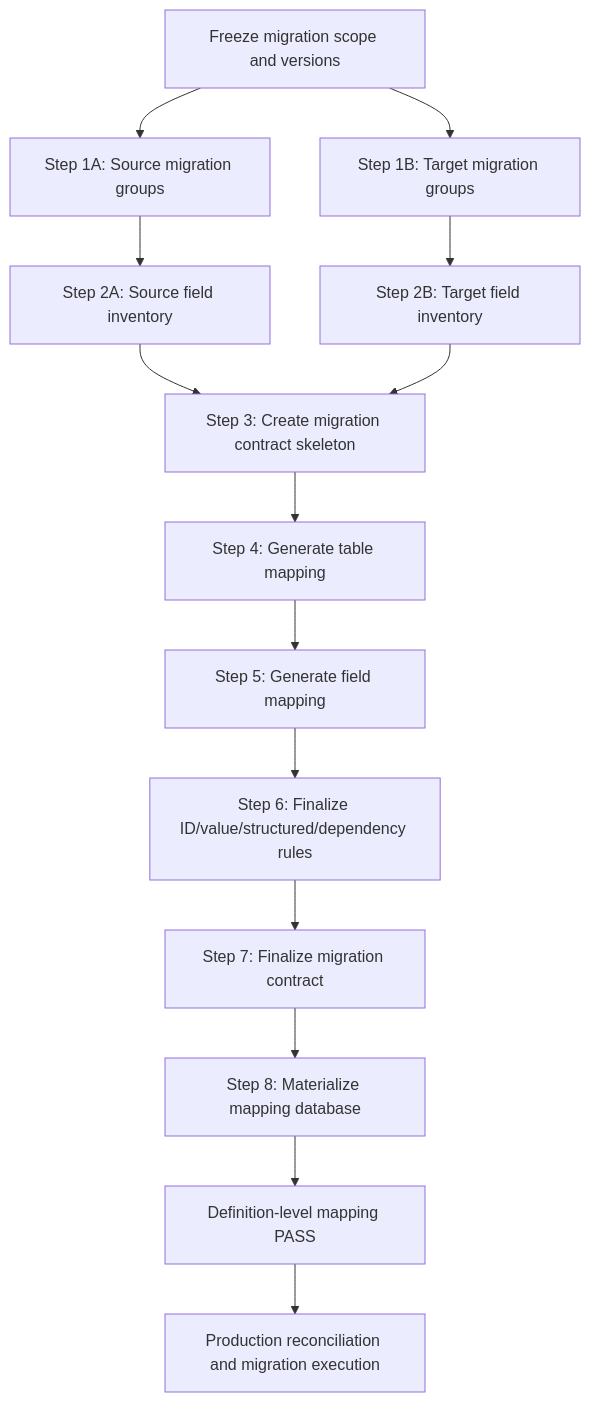
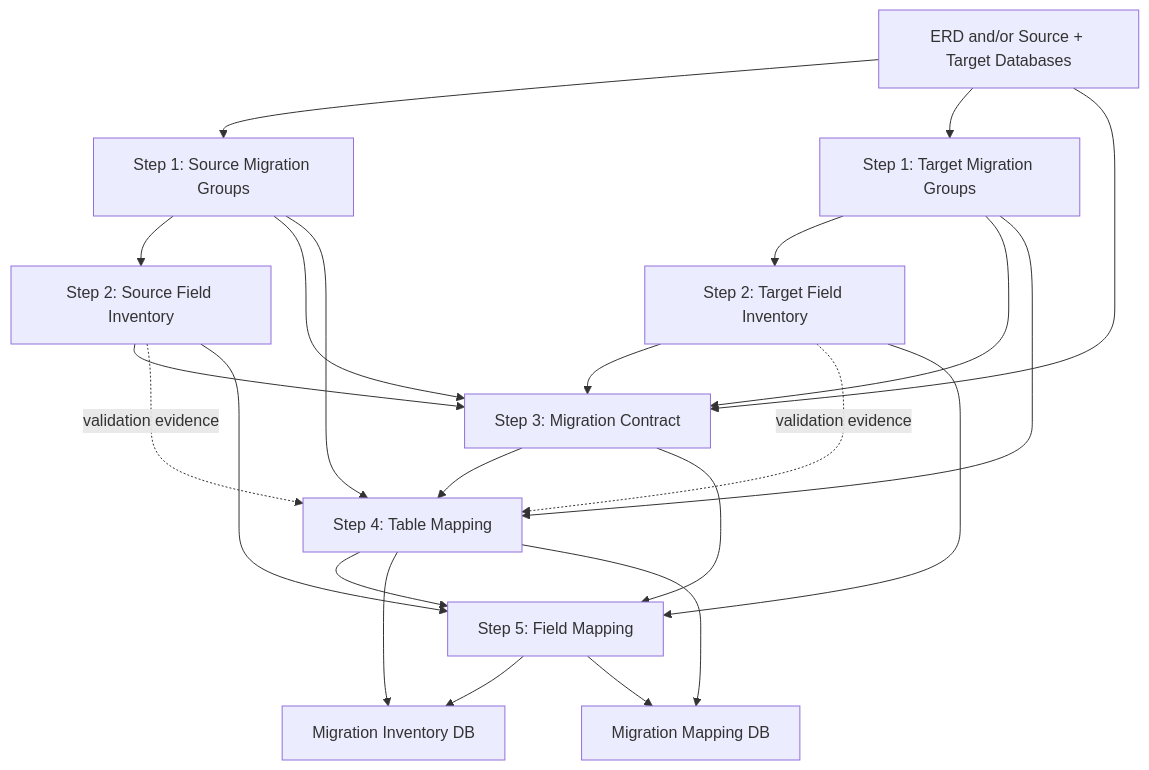
The diagram in docs/joomla/learning/database/migration-plan/tutorial/migration-mapping-plan-tutorial.md (duyduyly/php-notebook), drawn with Mermaid before and after one commit. The commit also changed other lines of this file, not shown here.

Commit message:
docs: refine end-to-end migration mapping tutorial

````diff
--- a/docs/joomla/learning/database/migration-plan/tutorial/migration-mapping-plan-tutorial.md
+++ b/docs/joomla/learning/database/migration-plan/tutorial/migration-mapping-plan-tutorial.md
@@ -46,30 +62,40 @@
 ```mermaid
 flowchart TD
-    A[Freeze migration scope and versions]
-    B1[Step 1A: Source migration groups]
-    B2[Step 1B: Target migration groups]
-    C1[Step 2A: Source field inventory]
-    C2[Step 2B: Target field inventory]
-    D[Step 3: Create migration contract skeleton]
-    E[Step 4: Generate table mapping]
-    F[Step 5: Generate field mapping]
-    G[Step 6: Finalize ID/value/structured/dependency rules]
-    H[Step 7: Finalize migration contract]
-    I[Step 8: Materialize mapping database]
-    J[Definition-level mapping PASS]
-    K[Production reconciliation and migration execution]
+    A[ERD and/or Source + Target Databases]
+
+    B1[Step 1: Source Migration Groups]
+    B2[Step 1: Target Migration Groups]
+
+    C1[Step 2: Source Field Inventory]
+    C2[Step 2: Target Field Inventory]
+
+    D[Step 3: Migration Contract]
+    E[Step 4: Table Mapping]
+    F[Step 5: Field Mapping]
+
+    G[Migration Inventory DB]
+    H[Migration Mapping DB]
 
     A --> B1
     A --> B2
     B1 --> C1
     B2 --> C2
+    B1 --> D
+    B2 --> D
     C1 --> D
     C2 --> D
+    A --> D
     D --> E
+    B1 --> E
+    B2 --> E
+    C1 -. validation evidence .-> E
+    C2 -. validation evidence .-> E
     E --> F
+    C1 --> F
+    C2 --> F
+    D --> F
+    E --> G
     F --> G
-    G --> H
-    H --> I
-    I --> J
-    J --> K
+    E --> H
+    F --> H
 ```
````
